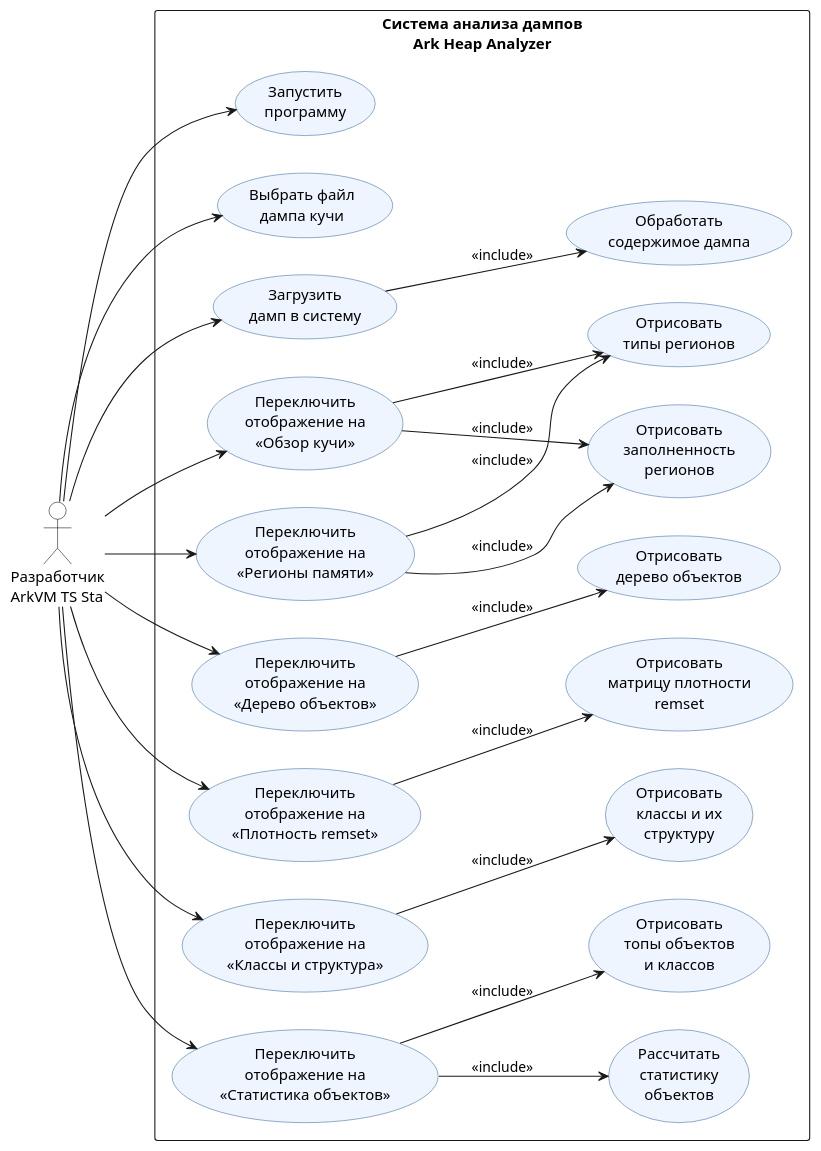
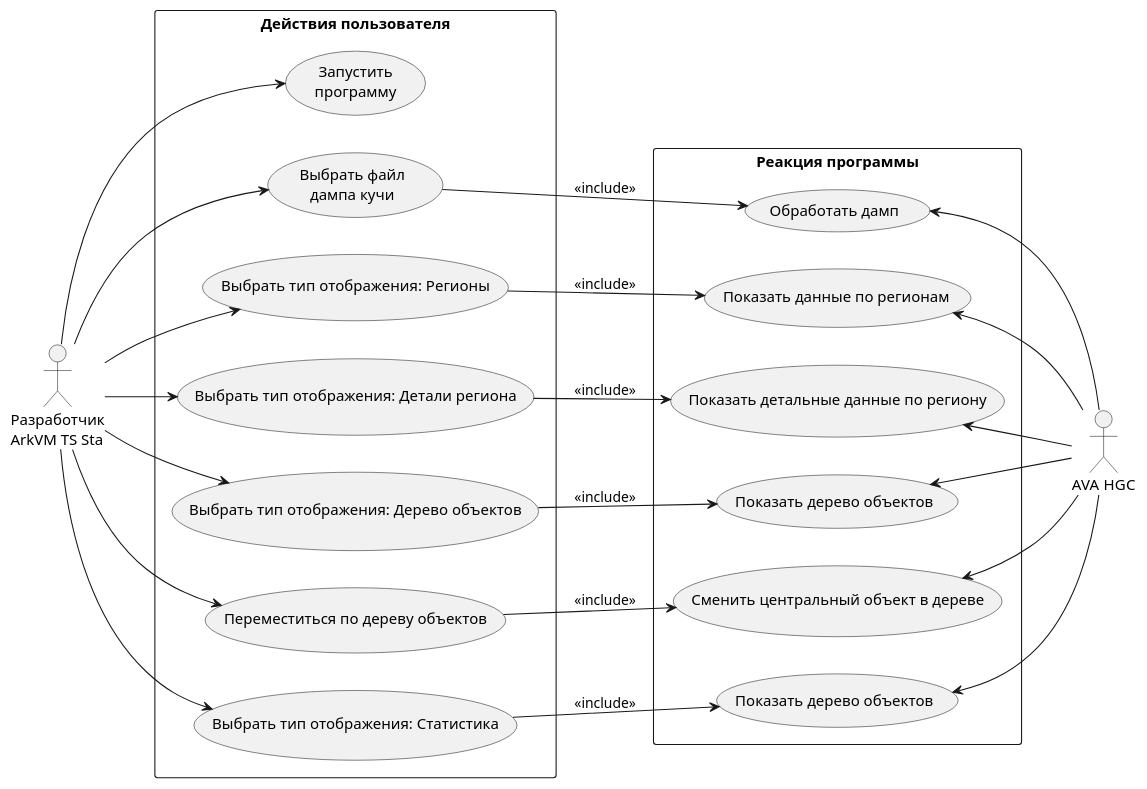
The diagram in Проектирование/UML use case.md (Grew0/VKR), drawn with PlantUML before and after one commit. The commit also changed other lines of this file and 2 other files, not shown here.

````diff
--- a/Проектирование/UML use case.md
+++ b/Проектирование/UML use case.md
@@ -1,82 +1,56 @@
 ```plantuml
 @startuml
 left to right direction
-skinparam packageStyle rectangle
-skinparam usecase {
-  BackgroundColor #EEF5FF
-  BorderColor #336699
-}
-skinparam actor {
-  BackgroundColor #FFFFFF
-  BorderColor #000000
-}
 
 actor "Разработчик\nArkVM TS Sta" as Dev
 
-rectangle "Система анализа дампов\nArk Heap Analyzer" as System {
+actor "AVA HGC" as App
 
-  ' Загрузка и выбор данных
-  usecase "Запустить\nпрограмму" as UC_RunApp
-  usecase "Выбрать файл\nдампа кучи" as UC_SelectDumpFile
-  usecase "Загрузить\nдамп в систему" as UC_LoadDump
 
-  ' Переключение представлений
-  usecase "Переключить\nотображение на\n«Обзор кучи»" as UC_ViewOverview
-  usecase "Переключить\nотображение на\n«Регионы памяти»" as UC_ViewRegions
-  usecase "Переключить\nотображение на\n«Дерево объектов»" as UC_ViewObjectTree
-  usecase "Переключить\nотображение на\n«Плотность remset»" as UC_ViewRemsets
-  usecase "Переключить\nотображение на\n«Классы и структура»" as UC_ViewClasses
-  usecase "Переключить\nотображение на\n«Статистика объектов»" as UC_ViewObjectStats
+rectangle "Действия пользователя" {
+usecase "Запустить\nпрограмму" as RunApp
 
-  ' Внутренние функции системы (непосредственно инструмент)
-  usecase "Обработать\nсодержимое дампа" as UC_ParseDump
-  usecase "Отрисовать\nзаполненность\nрегионов" as UC_DrawRegionOccupancy
-  usecase "Отрисовать\nтипы регионов" as UC_DrawRegionTypes
-  usecase "Отрисовать\nдерево объектов" as UC_DrawObjectTree
-  usecase "Отрисовать\nматрицу плотности\nremset" as UC_DrawRemsetMatrix
-  usecase "Отрисовать\nклассы и их\nструктуру" as UC_DrawClasses
-  usecase "Рассчитать\nстатистику\nобъектов" as UC_CalcObjectStats
-  usecase "Отрисовать\nтопы объектов\nи классов" as UC_DrawObjectStats
+usecase "Выбрать файл\nдампа кучи" as SelectDumpFile
+usecase "Выбрать тип отображения: Регионы" as im_Regions
+usecase "Выбрать тип отображения: Детали региона" as im_DRegion
+usecase "Выбрать тип отображения: Дерево объектов" as im_HeapTree
+usecase "Переместиться по дереву объектов" as MoveInHeapTree
+usecase "Выбрать тип отображения: Статистика" as im_Statistic
 }
 
-' ДЕЙСТВИЯ РАЗРАБОТЧИКА
-Dev --> UC_RunApp
-Dev --> UC_SelectDumpFile
-Dev --> UC_LoadDump
+rectangle "Реакция программы" {
+usecase "Обработать дамп" as ProcDumpFile
+usecase "Показать данные по регионам" as ShowRegions
+usecase "Показать детальные данные по региону" as ShowDRegion
+usecase "Показать дерево объектов" as ShowObjectTree
+usecase "Сменить центральный объект в дереве" as MoveInHeapTreeApp
+usecase "Показать дерево объектов" as ShowStatistic
+}
 
-Dev --> UC_ViewOverview
-Dev --> UC_ViewRegions
-Dev --> UC_ViewObjectTree
-Dev --> UC_ViewRemsets
-Dev --> UC_ViewClasses
-Dev --> UC_ViewObjectStats
 
-' ВНУТРЕННИЕ ЗАВИСИМОСТИ ВНУТРИ СИСТЕМЫ
+Dev --> RunApp
+Dev --> SelectDumpFile
+Dev --> im_Regions
+Dev --> im_HeapTree
+Dev --> MoveInHeapTree
+Dev --> im_DRegion
+Dev --> im_Statistic
 
-' Загрузка → парсинг
-UC_LoadDump --> UC_ParseDump : <<include>>
 
-' Обзор кучи
-UC_ViewOverview --> UC_DrawRegionOccupancy : <<include>>
-UC_ViewOverview --> UC_DrawRegionTypes     : <<include>>
+SelectDumpFile --> ProcDumpFile: <<include>>
+im_Regions --> ShowRegions: <<include>>
+im_HeapTree --> ShowObjectTree: <<include>>
+MoveInHeapTree -->MoveInHeapTreeApp : <<include>>
+im_DRegion --> ShowDRegion: <<include>>
+im_Statistic --> ShowStatistic: <<include>>
 
-' Регионы
-UC_ViewRegions --> UC_DrawRegionOccupancy  : <<include>>
-UC_ViewRegions --> UC_DrawRegionTypes      : <<include>>
+ProcDumpFile <-- App 
+ShowRegions <-- App 
+ShowDRegion <-- App 
+ShowObjectTree <-- App 
+MoveInHeapTreeApp <-- App 
+ShowStatistic <-- App 
 
-' Дерево объектов
-UC_ViewObjectTree --> UC_DrawObjectTree    : <<include>>
-
-' Remsets
-UC_ViewRemsets --> UC_DrawRemsetMatrix     : <<include>>
-
-' Классы
-UC_ViewClasses --> UC_DrawClasses          : <<include>>
-
-' Статистика объектов
-UC_ViewObjectStats --> UC_CalcObjectStats  : <<include>>
-UC_ViewObjectStats --> UC_DrawObjectStats  : <<include>>
 
 @enduml
-
 ```
````
